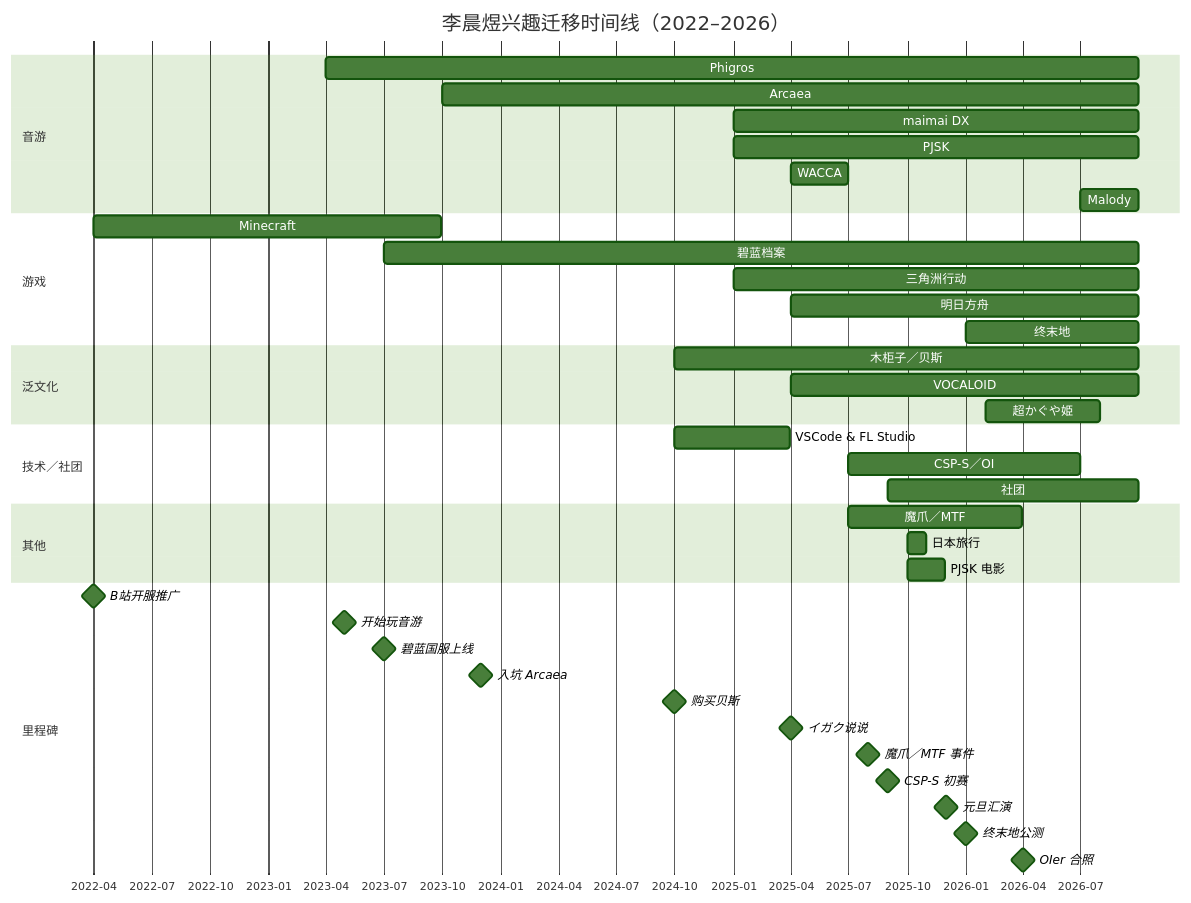
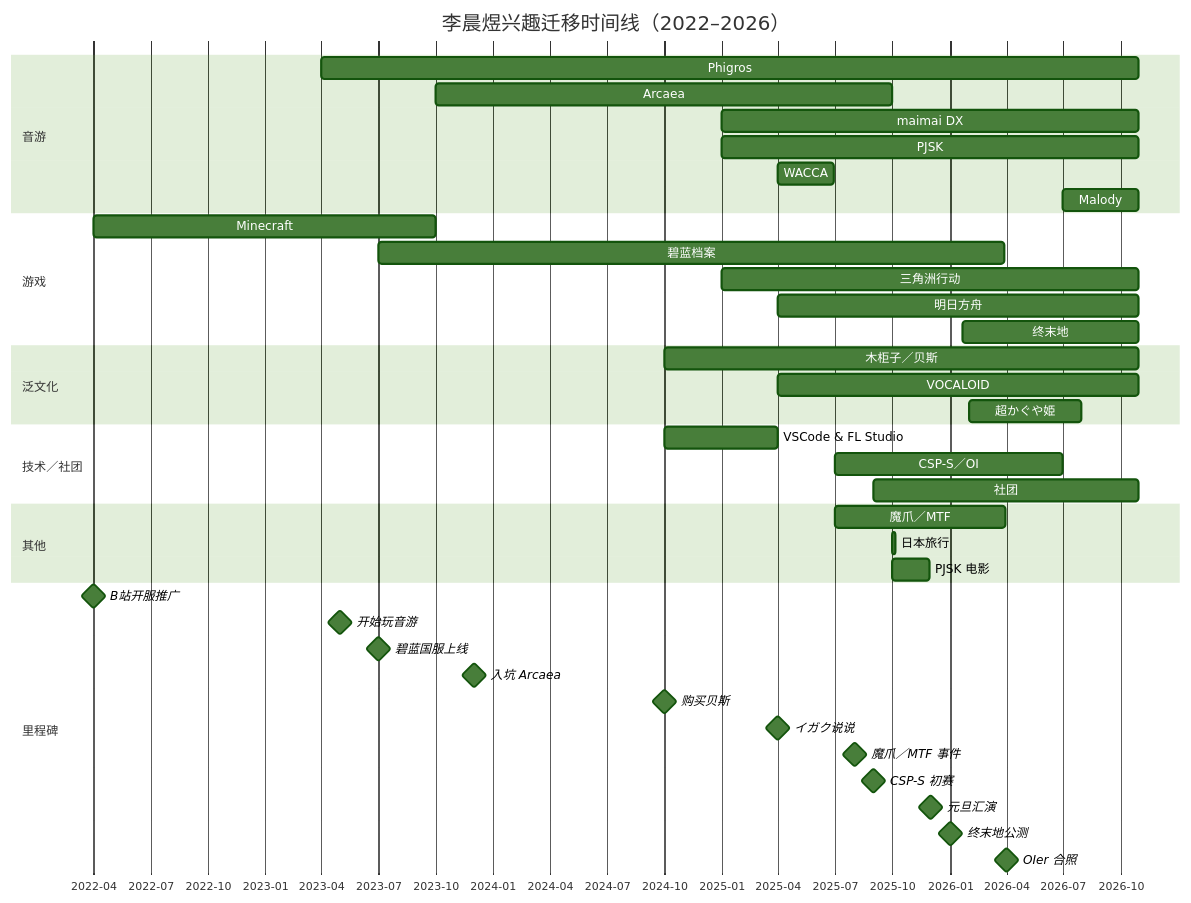
The diagram in src/post/2026/10/LegendaryPersonsSelected.md (Chinasd1st/Chinasd1st.github.io), drawn with Mermaid (forest theme) before and after one commit. The commit also changed other lines of this file and 2 other files, not shown here.

````diff
--- a/src/post/2026/10/LegendaryPersonsSelected.md
+++ b/src/post/2026/10/LegendaryPersonsSelected.md
@@ -1197,49 +1202,49 @@
 ```mermaid
 gantt
     title 李晨煜兴趣迁移时间线（2022–2026）
     dateFormat  YYYY-MM-DD
     axisFormat  %Y-%m
 
     section 音游
-    Phigros :2023-04-01, 2026-09-30
-    Arcaea :2023-10-01, 2026-09-30
-    maimai DX :2025-01-01, 2026-09-30
-    PJSK :2025-01-01, 2026-09-30
+    Phigros :2023-04-01, 2026-10-30
+    Arcaea :2023-10-01, 2025-09-30
+    maimai DX :2025-01-01, 2026-10-30
+    PJSK :2025-01-01, 2026-10-30
     WACCA :2025-04-01, 2025-06-30
-    Malody :2026-07-01, 2026-09-30
+    Malody :2026-07-01, 2026-10-30
 
     section 游戏
     Minecraft :2022-04-01, 2023-09-30
-    碧蓝档案 :2023-07-01, 2026-09-30
-    三角洲行动 :2025-01-01, 2026-09-30
-    明日方舟 :2025-04-01, 2026-09-30
-    终末地 :2026-01-01, 2026-09-30
+    碧蓝档案 :2023-07-01, 2026-03-30
+    三角洲行动 :2025-01-01, 2026-10-30
+    明日方舟 :2025-04-01, 2026-10-30
+    终末地 :2026-01-21, 2026-10-30
 
     section 泛文化
-    木柜子／贝斯 :2024-10-01, 2026-09-30
-    VOCALOID :2025-04-01, 2026-09-30
+    木柜子／贝斯 :2024-10-01, 2026-10-30
+    VOCALOID :2025-04-01, 2026-10-30
     超かぐや姫 :2026-02-01, 2026-07-31
 
     section 技术／社团
     VSCode & FL Studio :2024-10-01, 2025-03-31
     CSP-S／OI :2025-07-01, 2026-06-30
-    社团 :2025-09-01, 2026-09-30
+    社团 :2025-09-01, 2026-10-30
 
     section 其他
     魔爪／MTF :2025-07-01, 2026-03-31
-    日本旅行 :2025-10-01, 2025-10-31
+    日本旅行 :2025-10-01, 2025-10-05
     PJSK 电影 :2025-10-01, 2025-11-30
 
     section 里程碑
     B站开服推广 :milestone, 2022-04-01, 0d
     开始玩音游 :milestone, 2023-05-01, 0d
     碧蓝国服上线 :milestone, 2023-07-01, 0d
     入坑 Arcaea :milestone, 2023-12-01, 0d
     购买贝斯 :milestone, 2024-10-01, 0d
     イガク说说 :milestone, 2025-04-01, 0d
     魔爪／MTF 事件 :milestone, 2025-08-01, 0d
     CSP-S 初赛 :milestone, 2025-09-01, 0d
     元旦汇演 :milestone, 2025-12-01, 0d
     终末地公测 :milestone, 2026-01-01, 0d
     OIer 合照 :milestone, 2026-04-01, 0d
 ```
````
